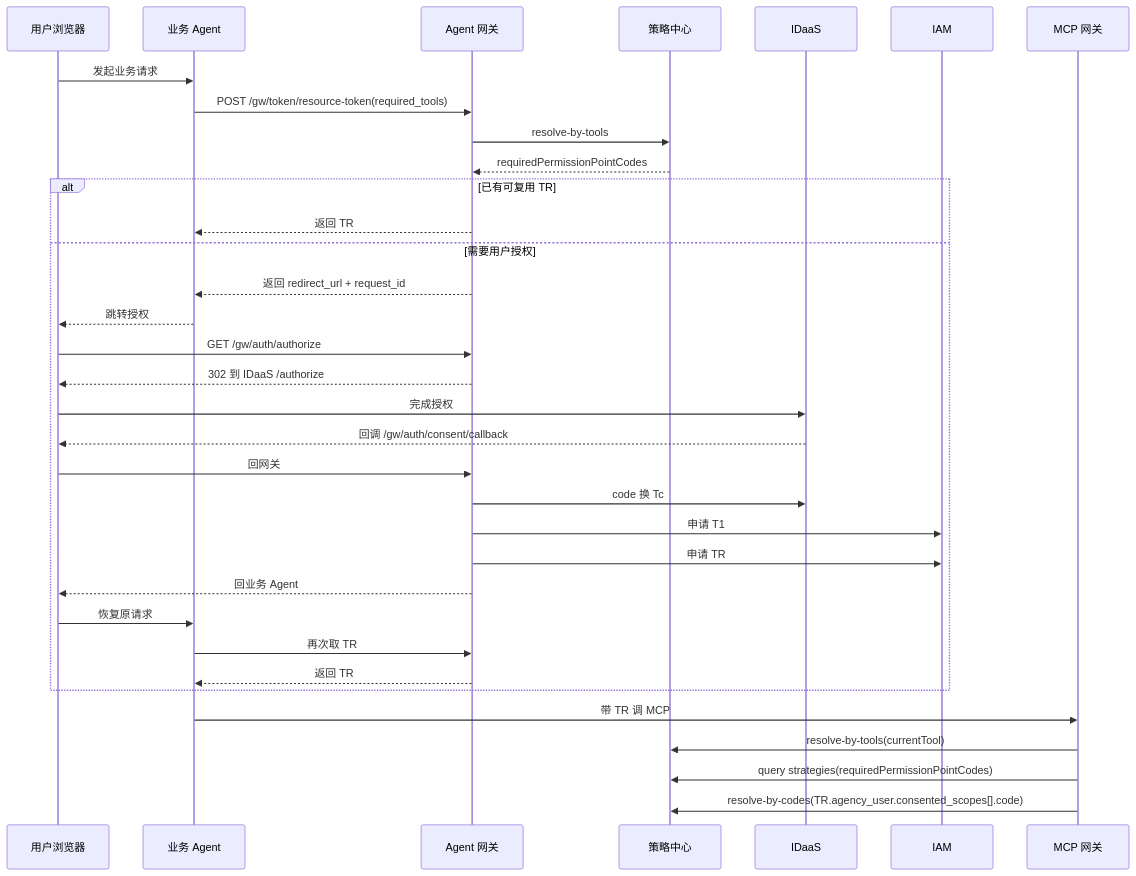
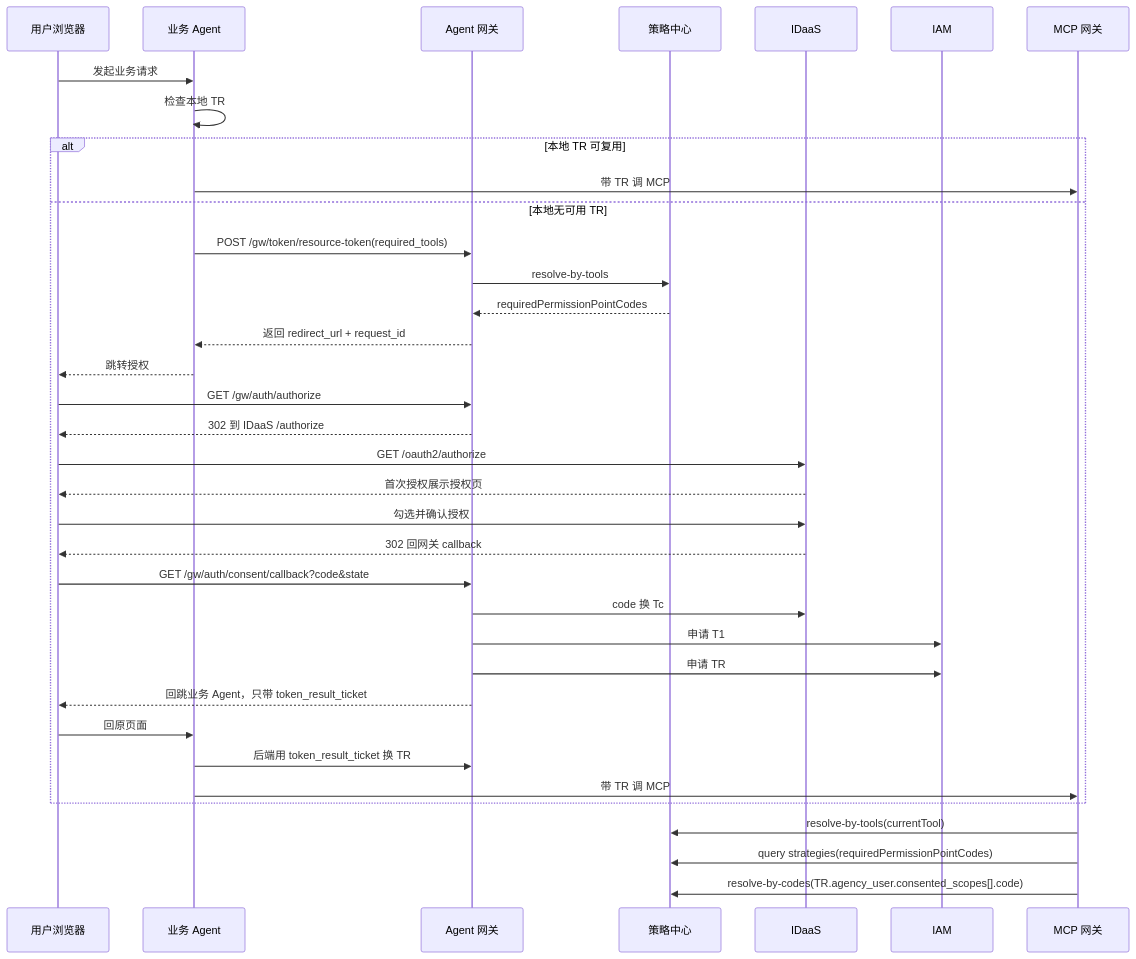
The second of 2 diagrams in docs/final_design/quick_read/02_主流程速记.md (xuning117634-ux/auth-design-spec), drawn with Mermaid before and after one commit. The commit also changed other lines of this file and 31 other files, not shown here.

````diff
--- a/docs/final_design/quick_read/02_主流程速记.md
+++ b/docs/final_design/quick_read/02_主流程速记.md
@@ -28,39 +32,41 @@
 ```mermaid
 sequenceDiagram
     participant 用户 as 用户浏览器
     participant Agent as 业务 Agent
     participant GW as Agent 网关
     participant PC as 策略中心
     participant IDaaS as IDaaS
     participant IAM as IAM
     participant MCP as MCP 网关
 
     用户->>Agent: 发起业务请求
-    Agent->>GW: POST /gw/token/resource-token(required_tools)
-    GW->>PC: resolve-by-tools
-    PC-->>GW: requiredPermissionPointCodes
+    Agent->>Agent: 检查本地 TR
 
-    alt 已有可复用 TR
-        GW-->>Agent: 返回 TR
-    else 需要用户授权
+    alt 本地 TR 可复用
+        Agent->>MCP: 带 TR 调 MCP
+    else 本地无可用 TR
+        Agent->>GW: POST /gw/token/resource-token(required_tools)
+        GW->>PC: resolve-by-tools
+        PC-->>GW: requiredPermissionPointCodes
         GW-->>Agent: 返回 redirect_url + request_id
         Agent-->>用户: 跳转授权
         用户->>GW: GET /gw/auth/authorize
         GW-->>用户: 302 到 IDaaS /authorize
-        用户->>IDaaS: 完成授权
-        IDaaS-->>用户: 回调 /gw/auth/consent/callback
-        用户->>GW: 回网关
+        用户->>IDaaS: GET /oauth2/authorize
+        IDaaS-->>用户: 首次授权展示授权页
+        用户->>IDaaS: 勾选并确认授权
+        IDaaS-->>用户: 302 回网关 callback
+        用户->>GW: GET /gw/auth/consent/callback?code&state
         GW->>IDaaS: code 换 Tc
         GW->>IAM: 申请 T1
         GW->>IAM: 申请 TR
-        GW-->>用户: 回业务 Agent
-        用户->>Agent: 恢复原请求
-        Agent->>GW: 再次取 TR
-        GW-->>Agent: 返回 TR
+        GW-->>用户: 回跳业务 Agent，只带 token_result_ticket
+        用户->>Agent: 回原页面
+        Agent->>GW: 后端用 token_result_ticket 换 TR
+        Agent->>MCP: 带 TR 调 MCP
     end
 
-    Agent->>MCP: 带 TR 调 MCP
     MCP->>PC: resolve-by-tools(currentTool)
     MCP->>PC: query strategies(requiredPermissionPointCodes)
     MCP->>PC: resolve-by-codes(TR.agency_user.consented_scopes[].code)
 ```
````
